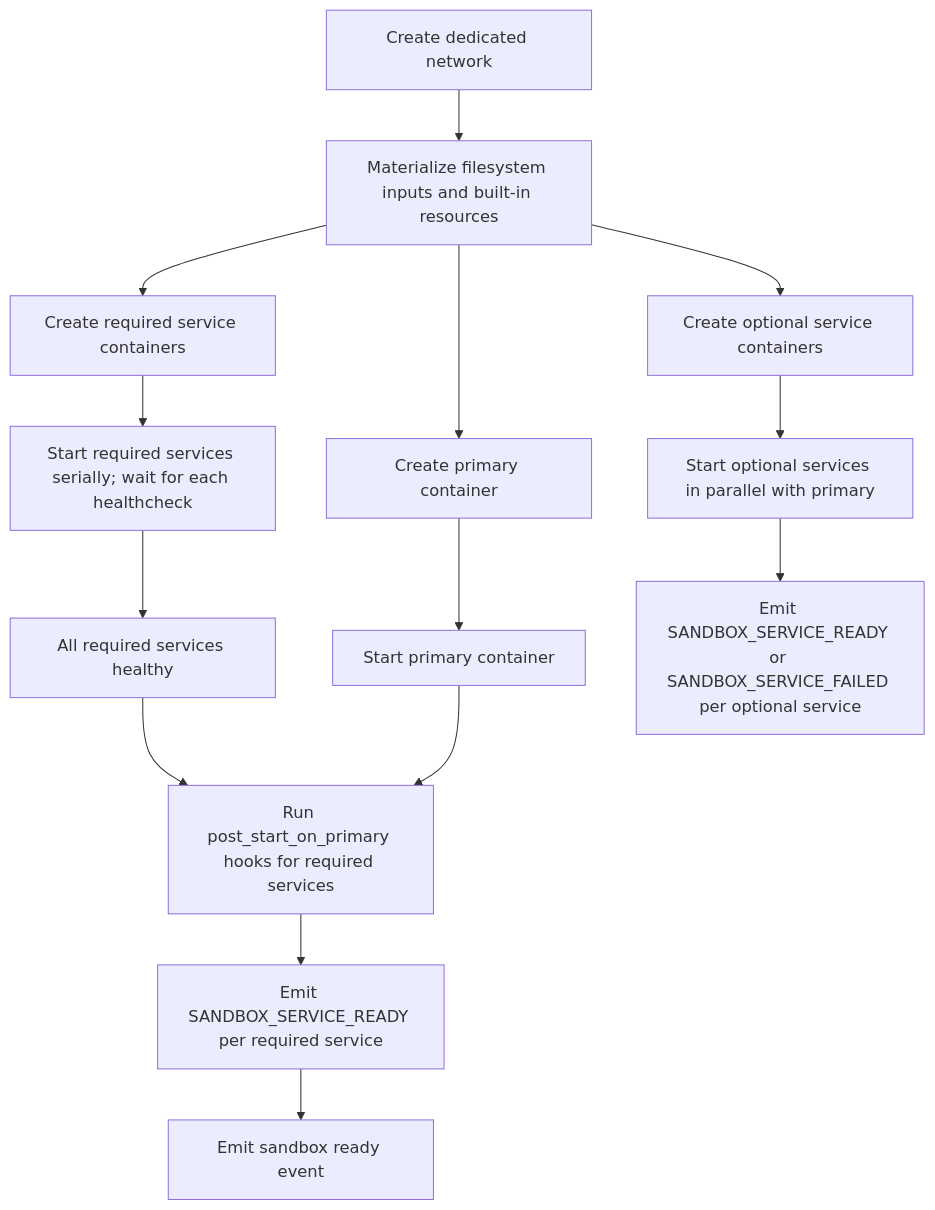
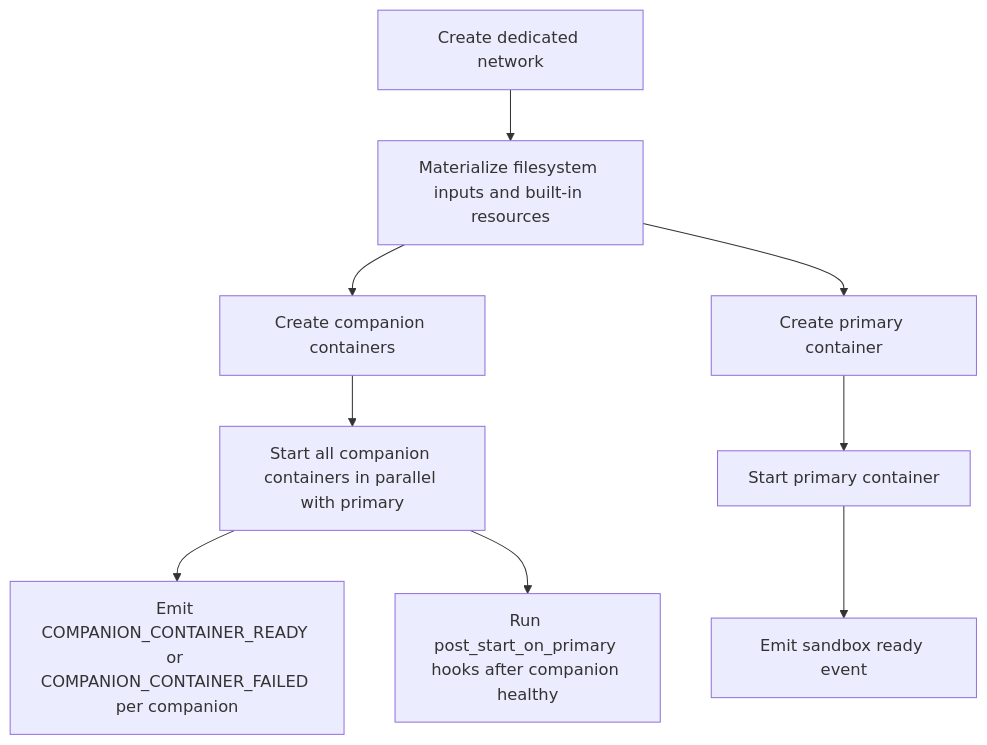
One commit to 1996fanrui/agents-sandbox changed the diagram in docs/container_dependency_strategy.md. Above: the diagram before and after it, drawn with Mermaid. The commit also changed other lines of this file and 13 other files, not shown here.

First line of the commit message:
[ISSUE-120] Add Quick Start, Companion Container Guide, and rename service terminology in docs

````diff
--- a/docs/container_dependency_strategy.md
+++ b/docs/container_dependency_strategy.md
@@ -82,16 +75,11 @@
 ```mermaid
 flowchart TB
     A[Create dedicated network] --> B[Materialize filesystem inputs and built-in resources]
-    B --> C[Create required service containers]
+    B --> S[Create companion containers]
     B --> D[Create primary container]
-    B --> O[Create optional service containers]
-    C --> E[Start required services serially; wait for each healthcheck]
+    S --> P[Start all companion containers in parallel with primary]
     D --> F[Start primary container]
-    O --> P[Start optional services in parallel with primary]
-    E --> G[All required services healthy]
-    G --> H[Run post_start_on_primary hooks for required services]
-    F --> H
-    H --> I[Emit SANDBOX_SERVICE_READY per required service]
-    P --> Q[Emit SANDBOX_SERVICE_READY or SANDBOX_SERVICE_FAILED per optional service]
-    I --> J[Emit sandbox ready event]
+    P --> Q[Emit COMPANION_CONTAINER_READY or COMPANION_CONTAINER_FAILED per companion]
+    P --> H[Run post_start_on_primary hooks after companion healthy]
+    F --> R[Emit sandbox ready event]
 ```
````
